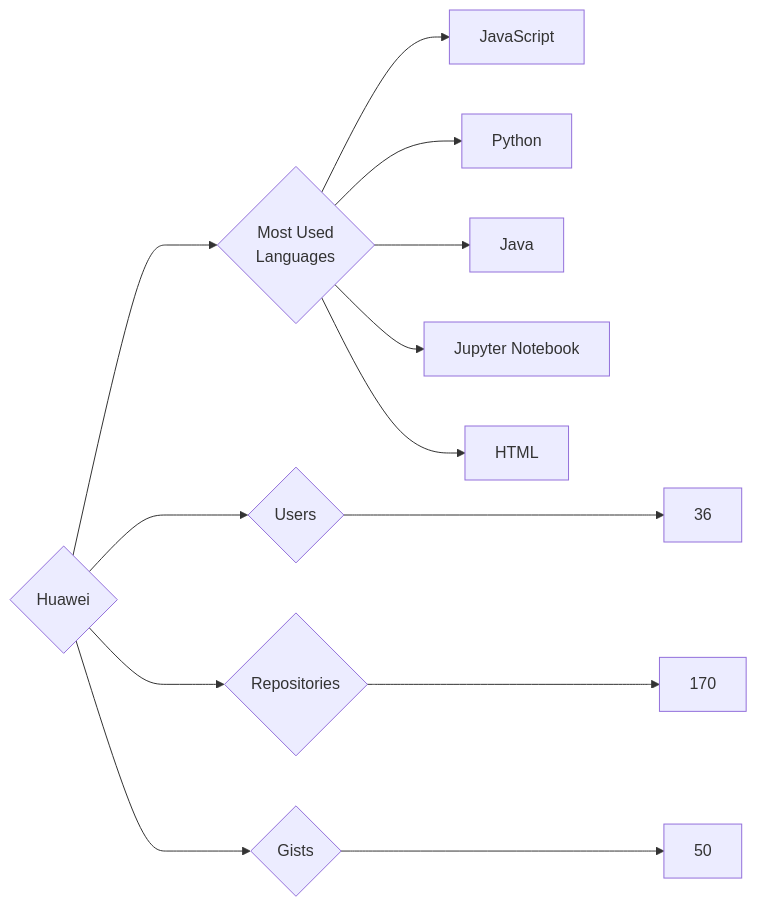
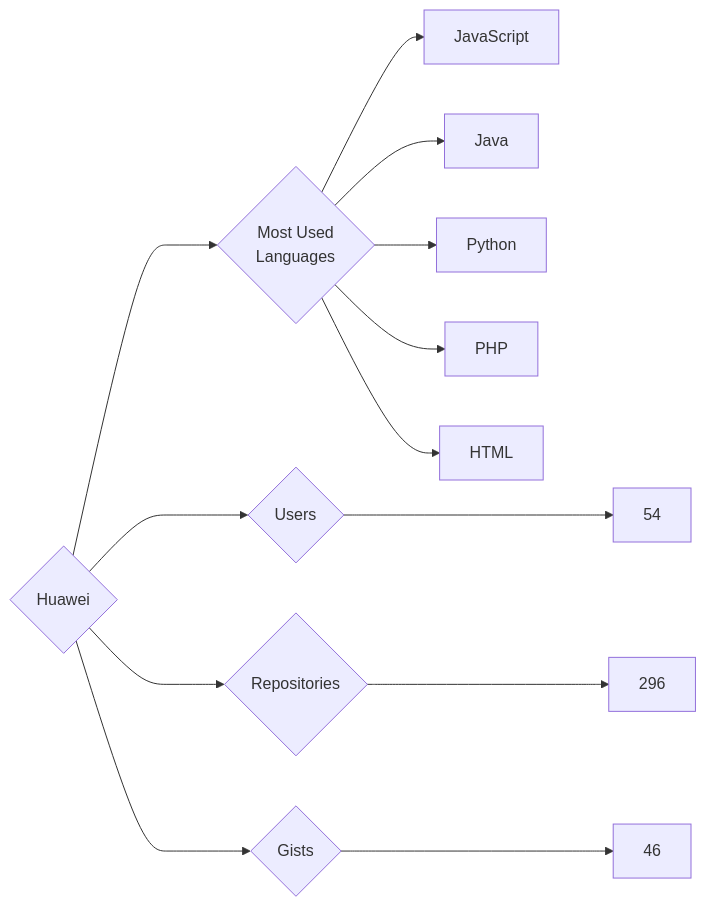
Before and after one commit to trickest/insiders: the diagram in targets/Huawei/README.md, drawn with Mermaid. The commit also changed 944 other files, not shown here.

````diff
--- a/targets/Huawei/README.md
+++ b/targets/Huawei/README.md
@@ -3,13 +3,13 @@
 ```mermaid
 graph LR
 COMPANY_NAME{Huawei}
-COMPANY_NAME ---> U{Users} ---> UN[36]
-COMPANY_NAME ---> R{Repositories} ---> RN[170]
-COMPANY_NAME ---> G{Gists} ---> GN[50]
+COMPANY_NAME ---> U{Users} ---> UN[54]
+COMPANY_NAME ---> R{Repositories} ---> RN[296]
+COMPANY_NAME ---> G{Gists} ---> GN[46]
 COMPANY_NAME ---> ML{Most Used<br>Languages}
 ML --> JavaScript[JavaScript]
+ML --> Java[Java]
 ML --> Python[Python]
-ML --> Java[Java]
-ML --> Jupyter_Notebook[Jupyter Notebook]
+ML --> PHP[PHP]
 ML --> HTML[HTML]
 ```
````
